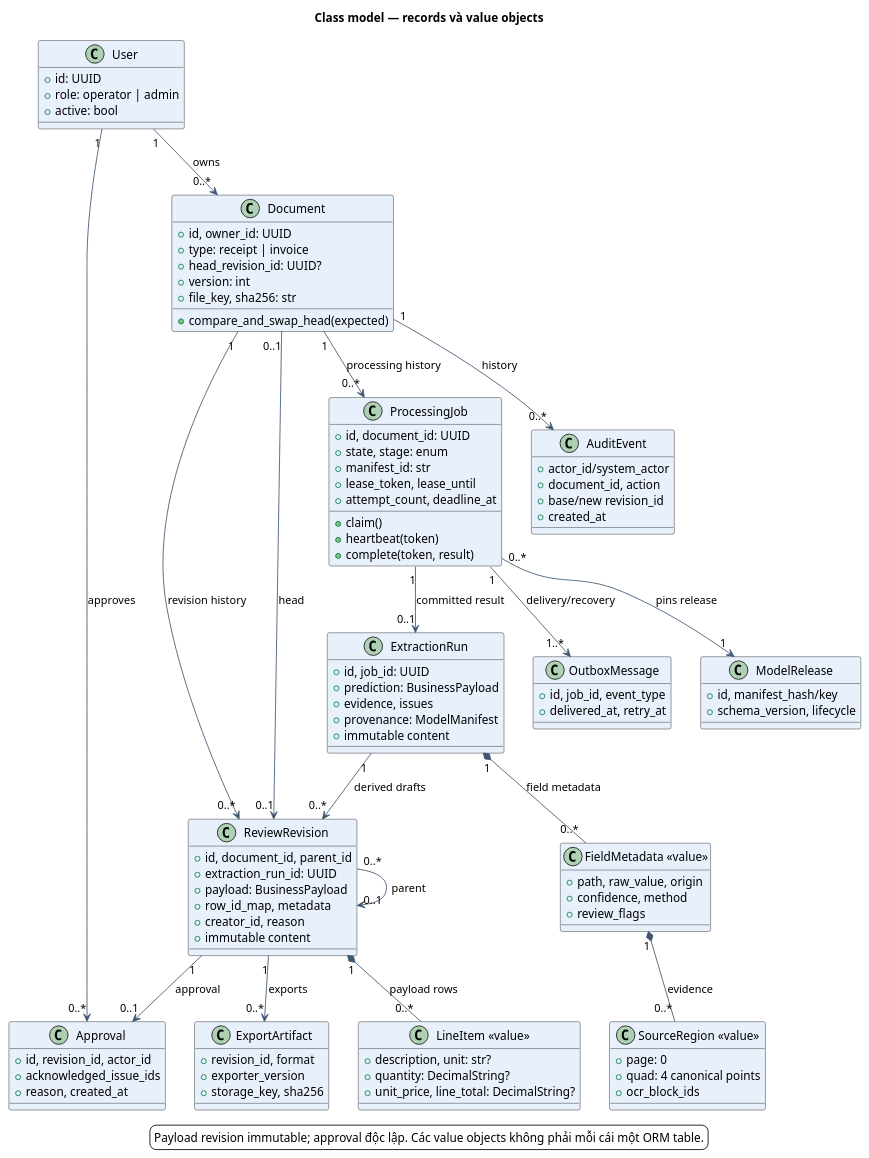
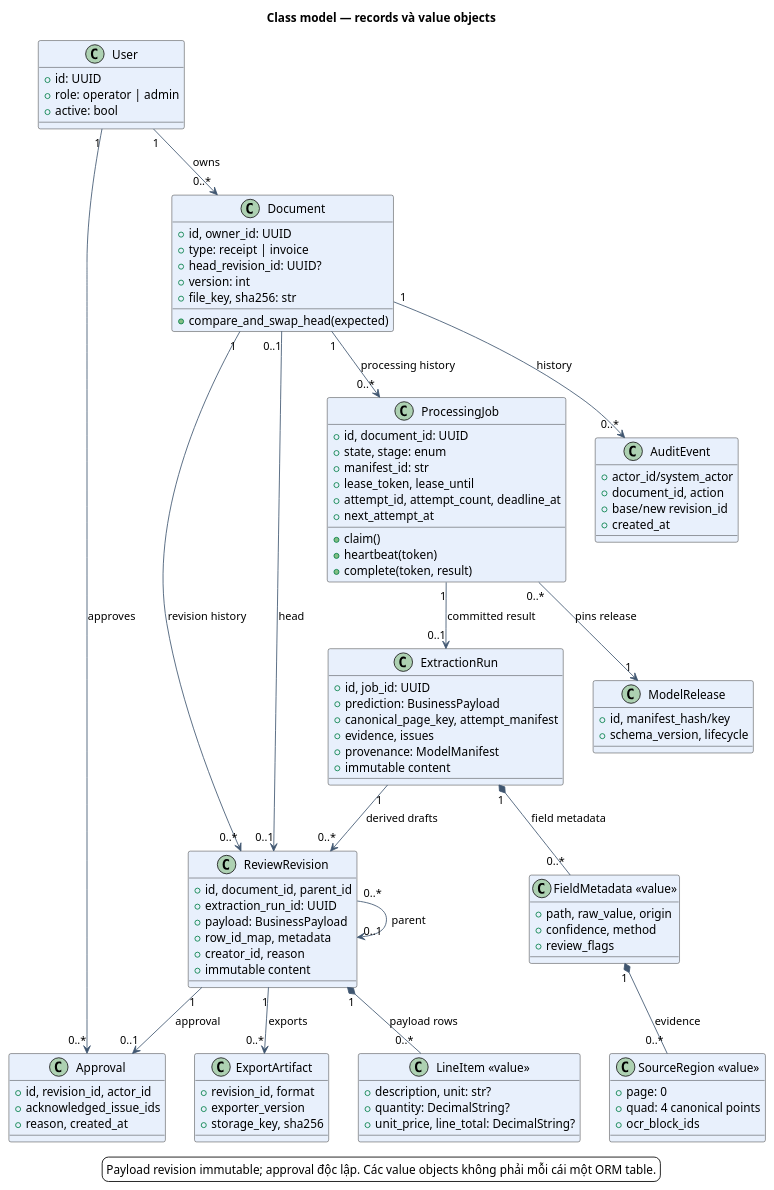
The diagram in docs/uml/07-domain-classes.puml (harivodich/SE2026-T08), drawn with PlantUML before and after one commit. The commit also changed 107 other files, not shown here.

```diff
--- a/docs/uml/07-domain-classes.puml
+++ b/docs/uml/07-domain-classes.puml
@@ -1,103 +1,100 @@
 @startuml
 title Class model — records và value objects
 skinparam defaultFontName Arial
 skinparam shadowing false
 skinparam backgroundColor #FFFFFF
 skinparam ArrowColor #405670
 class "User" as User #E8F0FC {
   +id: UUID
   +role: operator | admin
   +active: bool
 }
 class "Document" as Document #E8F0FC {
   +id, owner_id: UUID
   +type: receipt | invoice
   +head_revision_id: UUID?
   +version: int
   +file_key, sha256: str
   +compare_and_swap_head(expected)
 }
 class "ProcessingJob" as Job #E8F0FC {
   +id, document_id: UUID
   +state, stage: enum
   +manifest_id: str
   +lease_token, lease_until
-  +attempt_count, deadline_at
+  +attempt_id, attempt_count, deadline_at
+  +next_attempt_at
   +claim()
   +heartbeat(token)
   +complete(token, result)
 }
 class "ExtractionRun" as Run #E8F0FC {
   +id, job_id: UUID
   +prediction: BusinessPayload
+  +canonical_page_key, attempt_manifest
   +evidence, issues
   +provenance: ModelManifest
   +immutable content
 }
 class "ReviewRevision" as Revision #E8F0FC {
   +id, document_id, parent_id
   +extraction_run_id: UUID
   +payload: BusinessPayload
   +row_id_map, metadata
   +creator_id, reason
   +immutable content
 }
 class "Approval" as Approval #E8F0FC {
   +id, revision_id, actor_id
   +acknowledged_issue_ids
   +reason, created_at
 }
 class "ExportArtifact" as Export #E8F0FC {
   +revision_id, format
   +exporter_version
   +storage_key, sha256
 }
 class "LineItem <<value>>" as Item #E8F0FC {
   +description, unit: str?
   +quantity: DecimalString?
   +unit_price, line_total: DecimalString?
 }
 class "FieldMetadata <<value>>" as Meta #E8F0FC {
   +path, raw_value, origin
   +confidence, method
   +review_flags
 }
 class "SourceRegion <<value>>" as Region #E8F0FC {
   +page: 0
   +quad: 4 canonical points
   +ocr_block_ids
 }
-class "OutboxMessage" as Outbox #E8F0FC {
-  +id, job_id, event_type
-  +delivered_at, retry_at
-}
 class "ModelRelease" as Model #E8F0FC {
   +id, manifest_hash/key
   +schema_version, lifecycle
 }
 class "AuditEvent" as Audit #E8F0FC {
   +actor_id/system_actor
   +document_id, action
   +base/new revision_id
   +created_at
 }
 User "1" --> "0..*" Document : owns
 Document "1" --> "0..*" Job : processing history
 Job "1" --> "0..1" Run : committed result
 Document "1" --> "0..*" Revision : revision history
 Document "0..1" --> "0..1" Revision : head
 Revision "0..*" --> "0..1" Revision : parent
 Run "1" --> "0..*" Revision : derived drafts
 Revision "1" --> "0..1" Approval : approval
 Revision "1" --> "0..*" Export : exports
 Revision "1" *-- "0..*" Item : payload rows
 Run "1" *-- "0..*" Meta : field metadata
 Meta "1" *-- "0..*" Region : evidence
-Job "1" --> "1..*" Outbox : delivery/recovery
 Job "0..*" --> "1" Model : pins release
 Document "1" --> "0..*" Audit : history
 User "1" --> "0..*" Approval : approves
 legend bottom
 Payload revision immutable; approval độc lập. Các value objects không phải mỗi cái một ORM table.
 endlegend
 @enduml
```
